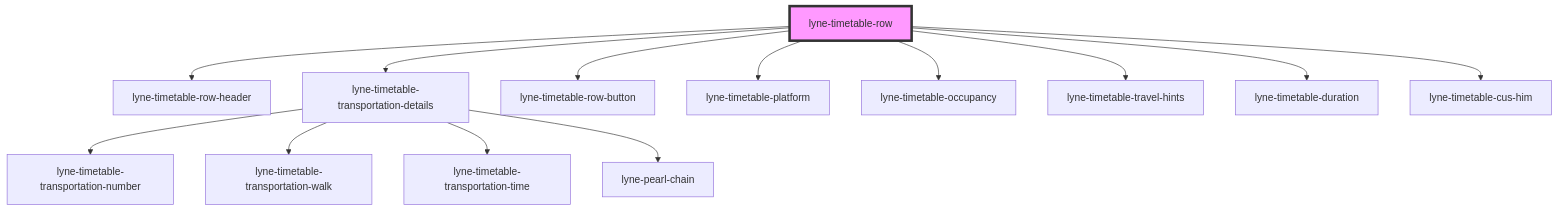
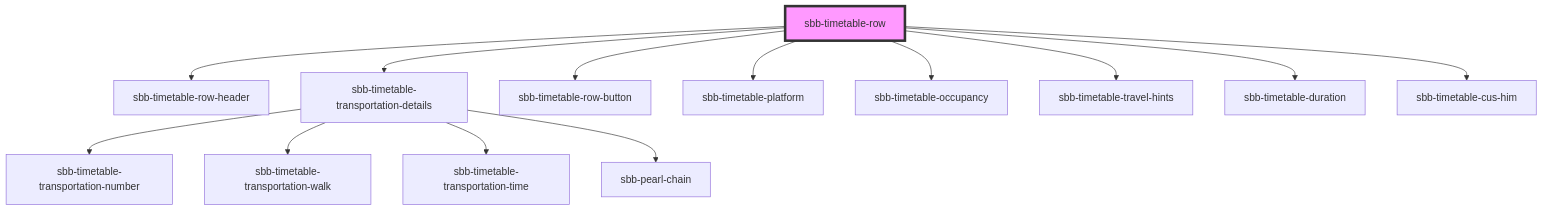
The diagram in src/components/sbb-timetable-row/readme.md (sbb-design-systems/lyne-components), drawn with Mermaid before and after one commit. The commit also changed other lines of this file and 348 other files, not shown here.

Commit message:
refactor: 'lyne' prefix renamed to 'sbb'

````diff
--- a/src/components/sbb-timetable-row/readme.md
+++ b/src/components/sbb-timetable-row/readme.md
@@ -29,16 +29,16 @@
 ```mermaid
 graph TD;
-  lyne-timetable-row --> lyne-timetable-row-header
-  lyne-timetable-row --> lyne-timetable-transportation-details
-  lyne-timetable-row --> lyne-timetable-row-button
-  lyne-timetable-row --> lyne-timetable-platform
-  lyne-timetable-row --> lyne-timetable-occupancy
-  lyne-timetable-row --> lyne-timetable-travel-hints
-  lyne-timetable-row --> lyne-timetable-duration
-  lyne-timetable-row --> lyne-timetable-cus-him
-  lyne-timetable-transportation-details --> lyne-timetable-transportation-number
-  lyne-timetable-transportation-details --> lyne-timetable-transportation-walk
-  lyne-timetable-transportation-details --> lyne-timetable-transportation-time
-  lyne-timetable-transportation-details --> lyne-pearl-chain
-  style lyne-timetable-row fill:#f9f,stroke:#333,stroke-width:4px
+  sbb-timetable-row --> sbb-timetable-row-header
+  sbb-timetable-row --> sbb-timetable-transportation-details
+  sbb-timetable-row --> sbb-timetable-row-button
+  sbb-timetable-row --> sbb-timetable-platform
+  sbb-timetable-row --> sbb-timetable-occupancy
+  sbb-timetable-row --> sbb-timetable-travel-hints
+  sbb-timetable-row --> sbb-timetable-duration
+  sbb-timetable-row --> sbb-timetable-cus-him
+  sbb-timetable-transportation-details --> sbb-timetable-transportation-number
+  sbb-timetable-transportation-details --> sbb-timetable-transportation-walk
+  sbb-timetable-transportation-details --> sbb-timetable-transportation-time
+  sbb-timetable-transportation-details --> sbb-pearl-chain
+  style sbb-timetable-row fill:#f9f,stroke:#333,stroke-width:4px
 ```
````
